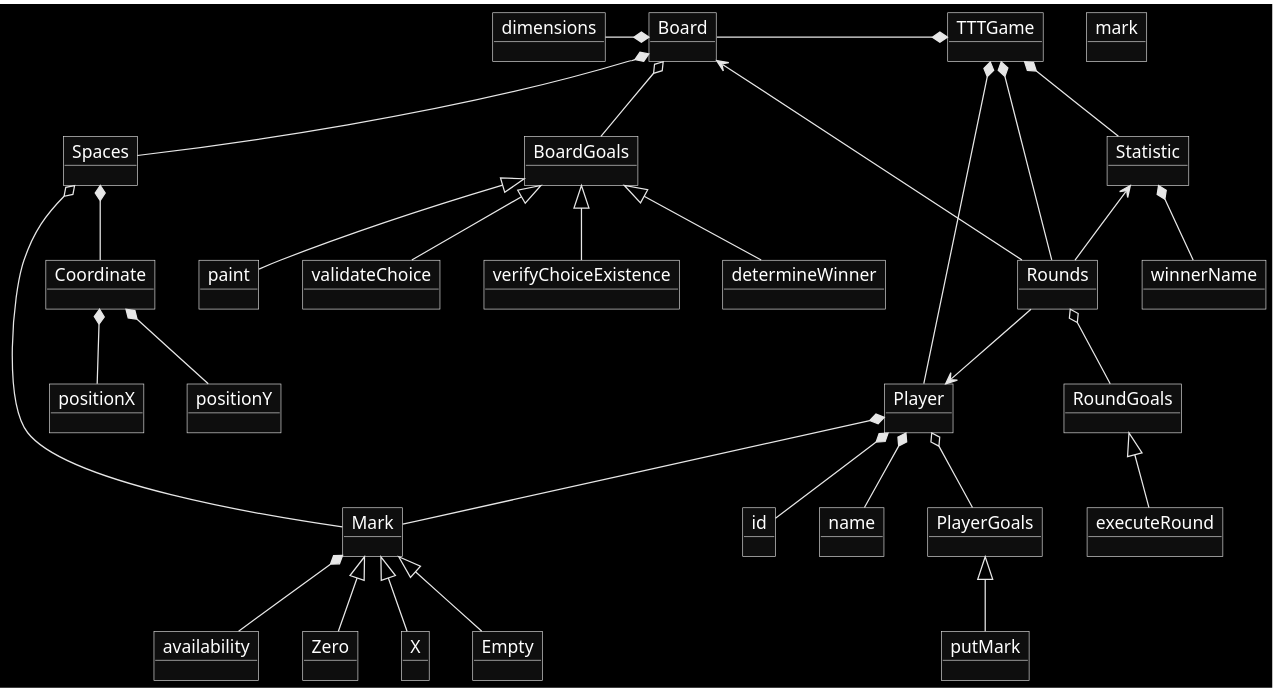
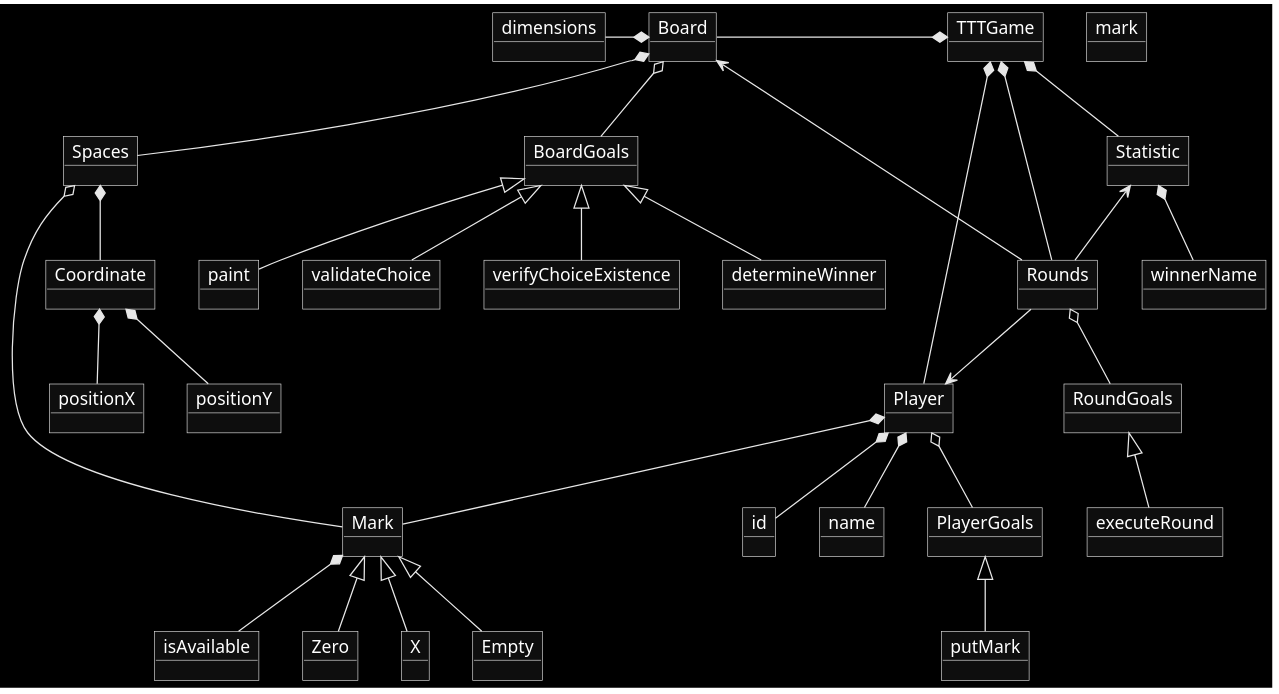
The diagram in docs/DomainModel.wsd (oliver-sierra-telus/DSU-TicTacToe), drawn with PlantUML before and after one commit. The commit also changed 1 other file, not shown here.

```diff
--- a/docs/DomainModel.wsd
+++ b/docs/DomainModel.wsd
@@ -1,73 +1,73 @@
 @startuml DomainModel
 
 skinparam monochrome reverse
 
 object TTTGame
     object Board
         object dimensions
         object Spaces
             object Coordinate
                 object positionX
                 object positionY
-    object BoardGoals
-        object paint
-        object validateChoice
-        object verifyChoiceExistence
-        object determineWinner
+        object BoardGoals
+            object paint
+            object validateChoice
+            object verifyChoiceExistence
+            object determineWinner
     object Player
         object id
         object name
         object mark
         object PlayerGoals
             object putMark
     object Rounds
         object RoundGoals
             object executeRound
     object Mark
         object Zero
         object X
         object Empty
-        object availability
+        object isAvailable
     object Statistic
         object winnerName
 
 TTTGame *-left- Board
 TTTGame *-- Player
 TTTGame *-- Rounds
 TTTGame *-- Statistic
 
 Board *-left- dimensions
 Board *-- Spaces
 Board o-- BoardGoals
 BoardGoals <|-- paint
 BoardGoals <|-- validateChoice
 BoardGoals <|-- verifyChoiceExistence
 BoardGoals <|-- determineWinner
 
 Spaces *-- Coordinate
 Spaces o-- Mark
 
 Coordinate *-- positionX
 Coordinate *-- positionY
 
 Rounds o-- RoundGoals
 Rounds --> Player
 Rounds --> Board
 RoundGoals <|-- executeRound
 
 Player *-- id
 Player *-- name
 Player *-- Mark
 Player o-- PlayerGoals
 PlayerGoals <|-- putMark
 
 Mark <|-- Zero
 Mark <|-- X
 Mark <|-- Empty
-Mark *-- availability
+Mark *-- isAvailable
 
 Statistic *-- winnerName
 Statistic <-- Rounds
 
 
 @enduml
```
